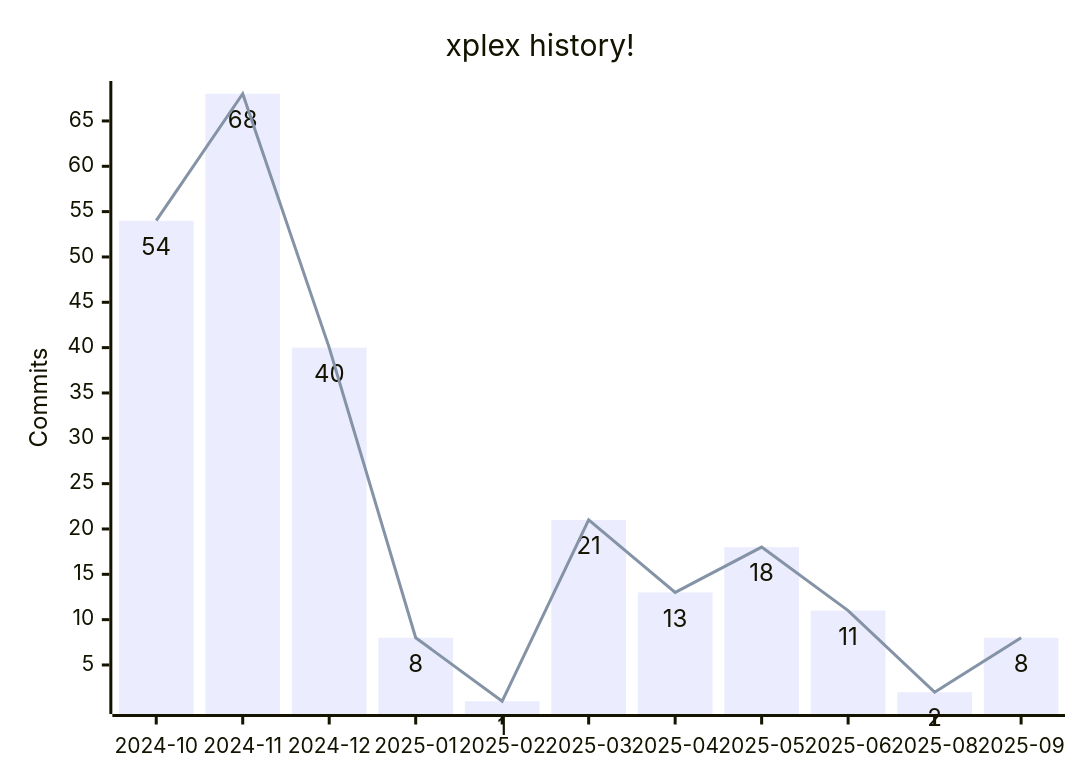
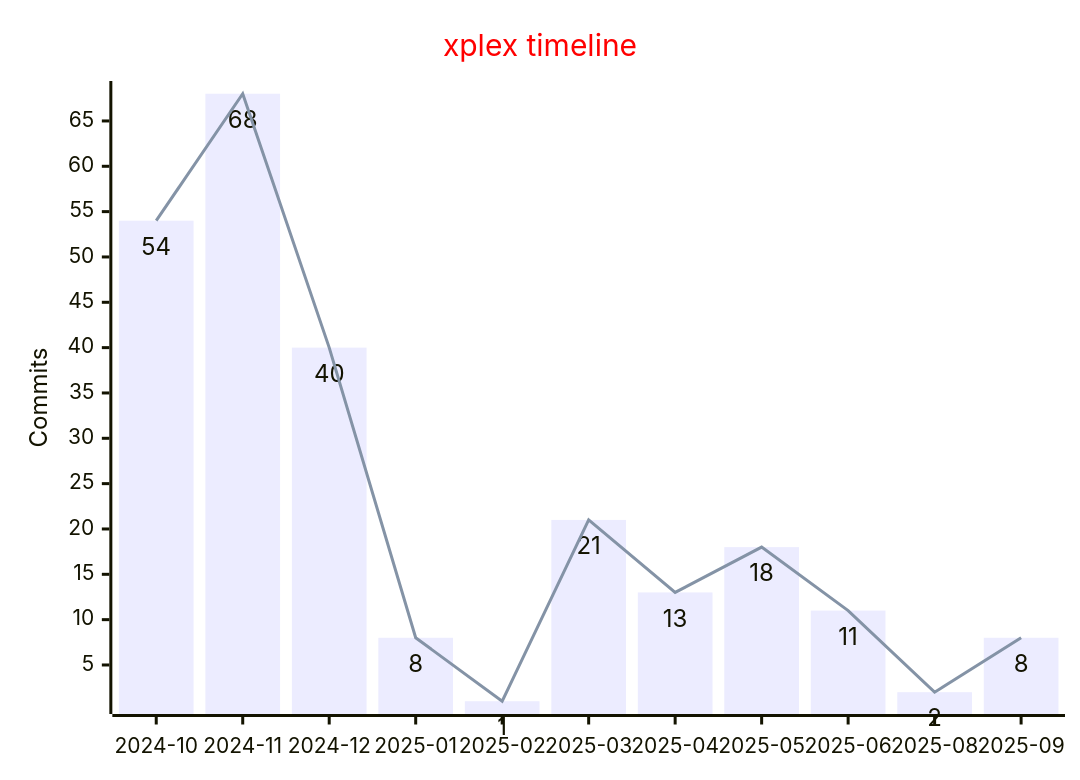
The diagram in README.md (namakshenas/namakshenas), drawn with Mermaid before and after one commit.

Commit message:
Update xplex commit history

````diff
--- a/README.md
+++ b/README.md
@@ -11,13 +11,16 @@
 ```mermaid
 ---
 config:
     xyChart:
         showDataLabel: true
+    themeVariables:
+        xyChart:
+            titleColor: "#ff0000"
 ---
 xychart
-  title "xplex history!"
+  title "xplex timeline"
   x-axis ["2024-10", "2024-11", "2024-12", "2025-01", "2025-02", "2025-03", "2025-04", "2025-05", "2025-06", "2025-08", "2025-09"]
   y-axis "Commits"
   bar [54, 68, 40, 8, 1, 21, 13, 18, 11, 2, 8]
   line [54, 68, 40, 8, 1, 21, 13, 18, 11, 2, 8]
 ```
````
